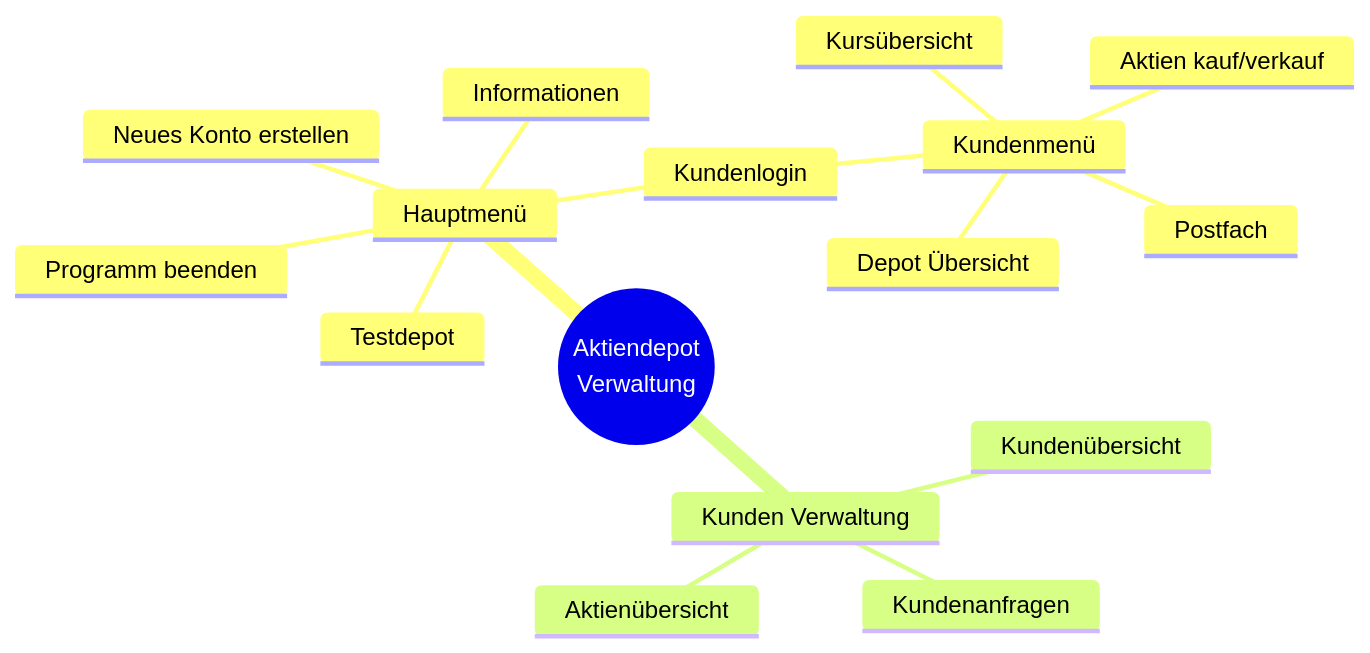
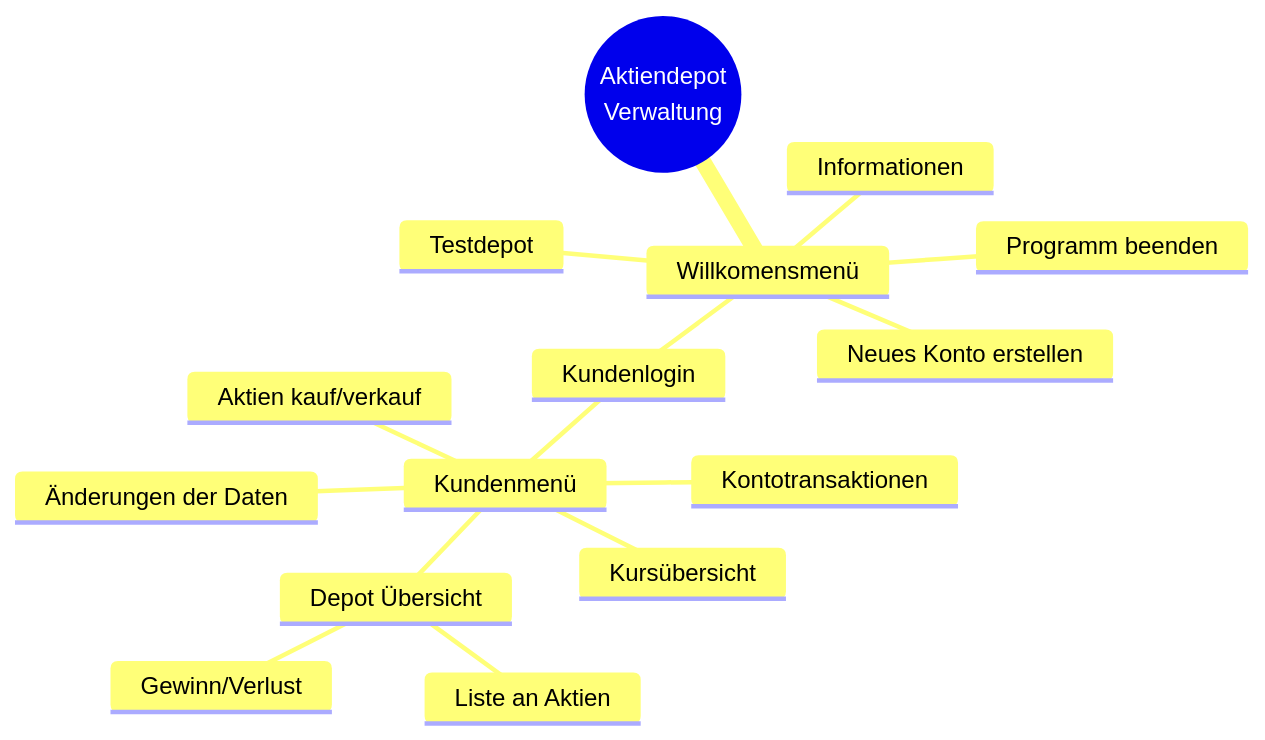
One commit to devZenger/FoxFinance-Client-Server-System changed the diagram in README.md. Above: the diagram before and after it, drawn with Mermaid. The commit also changed other lines of this file and 17 other files, not shown here.

`````diff
--- a/README.md
+++ b/README.md
@@ -6,20 +6,20 @@
 ````mermaid
 mindmap
     root((Aktiendepot<br>Verwaltung))
-        Hauptmenü
+        Willkomensmenü
             Testdepot
             Neues Konto erstellen
             Kundenlogin
                 Kundenmenü
                     Depot Übersicht
+                        Liste an Aktien
+                        Gewinn/Verlust
                     Aktien kauf/verkauf
                     Kursübersicht
-                    Postfach
+                    Kontotransaktionen
+                    Änderungen der Daten
             Informationen
             Programm beenden
             
-        Kunden Verwaltung
-            Kundenanfragen
-            Kundenübersicht
-            Aktienübersicht
+   
 ````
`````
